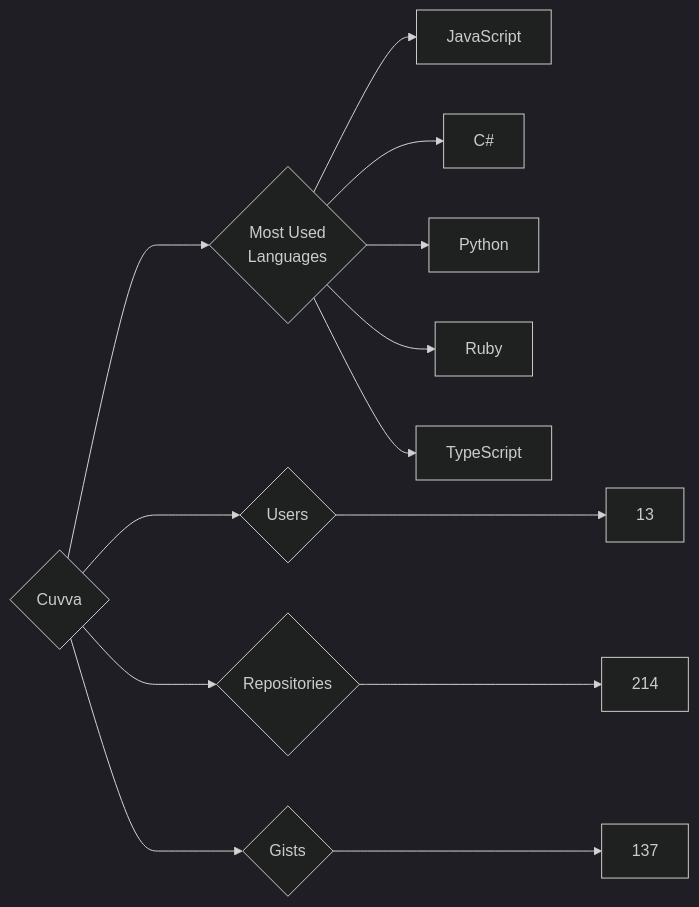
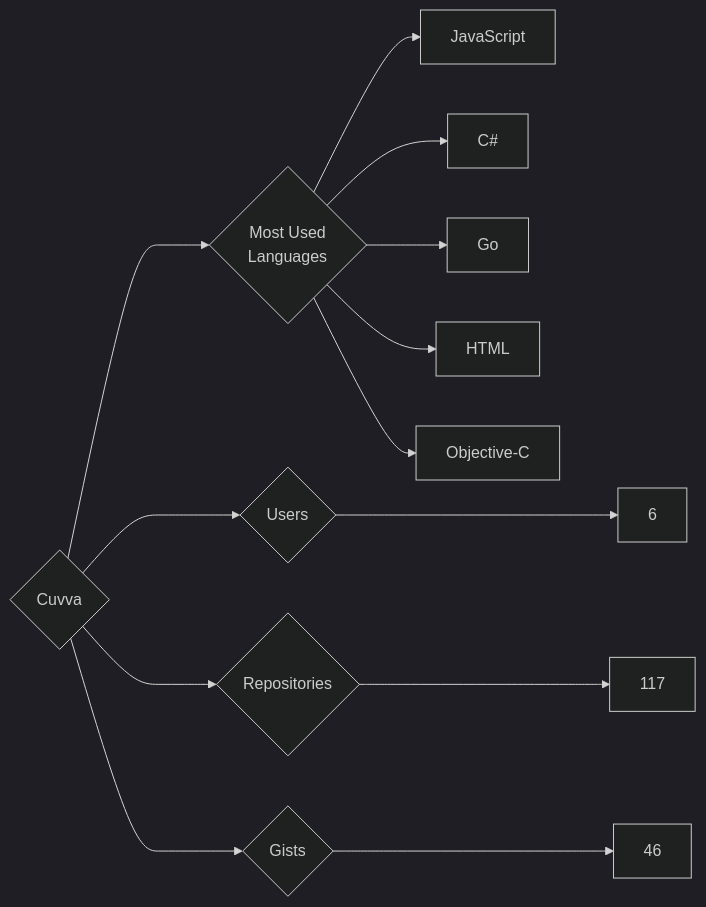
The diagram in targets/Cuvva/README.md (trickest/insiders), drawn with Mermaid (dark theme) before and after one commit. The commit also changed 872 other files, not shown here.

````diff
--- a/targets/Cuvva/README.md
+++ b/targets/Cuvva/README.md
@@ -3,13 +3,13 @@
 ```mermaid
 graph LR
 COMPANY_NAME{Cuvva}
-COMPANY_NAME ---> U{Users} ---> UN[13]
-COMPANY_NAME ---> R{Repositories} ---> RN[214]
-COMPANY_NAME ---> G{Gists} ---> GN[137]
+COMPANY_NAME ---> U{Users} ---> UN[6]
+COMPANY_NAME ---> R{Repositories} ---> RN[117]
+COMPANY_NAME ---> G{Gists} ---> GN[46]
 COMPANY_NAME ---> ML{Most Used<br>Languages}
 ML --> JavaScript[JavaScript]
 ML --> C#[C#]
-ML --> Python[Python]
-ML --> Ruby[Ruby]
-ML --> TypeScript[TypeScript]
+ML --> Go[Go]
+ML --> HTML[HTML]
+ML --> Objective-C[Objective-C]
 ```
````
